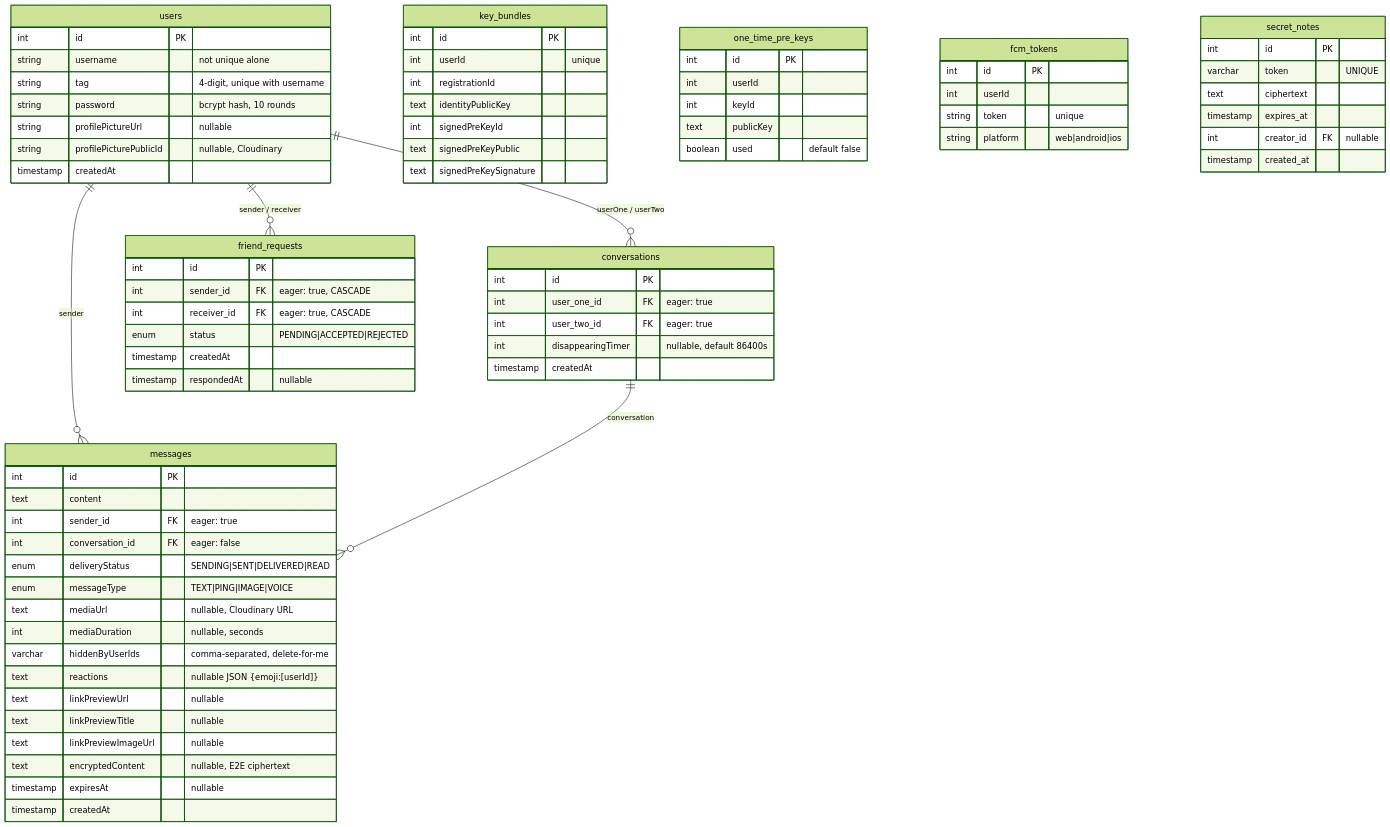
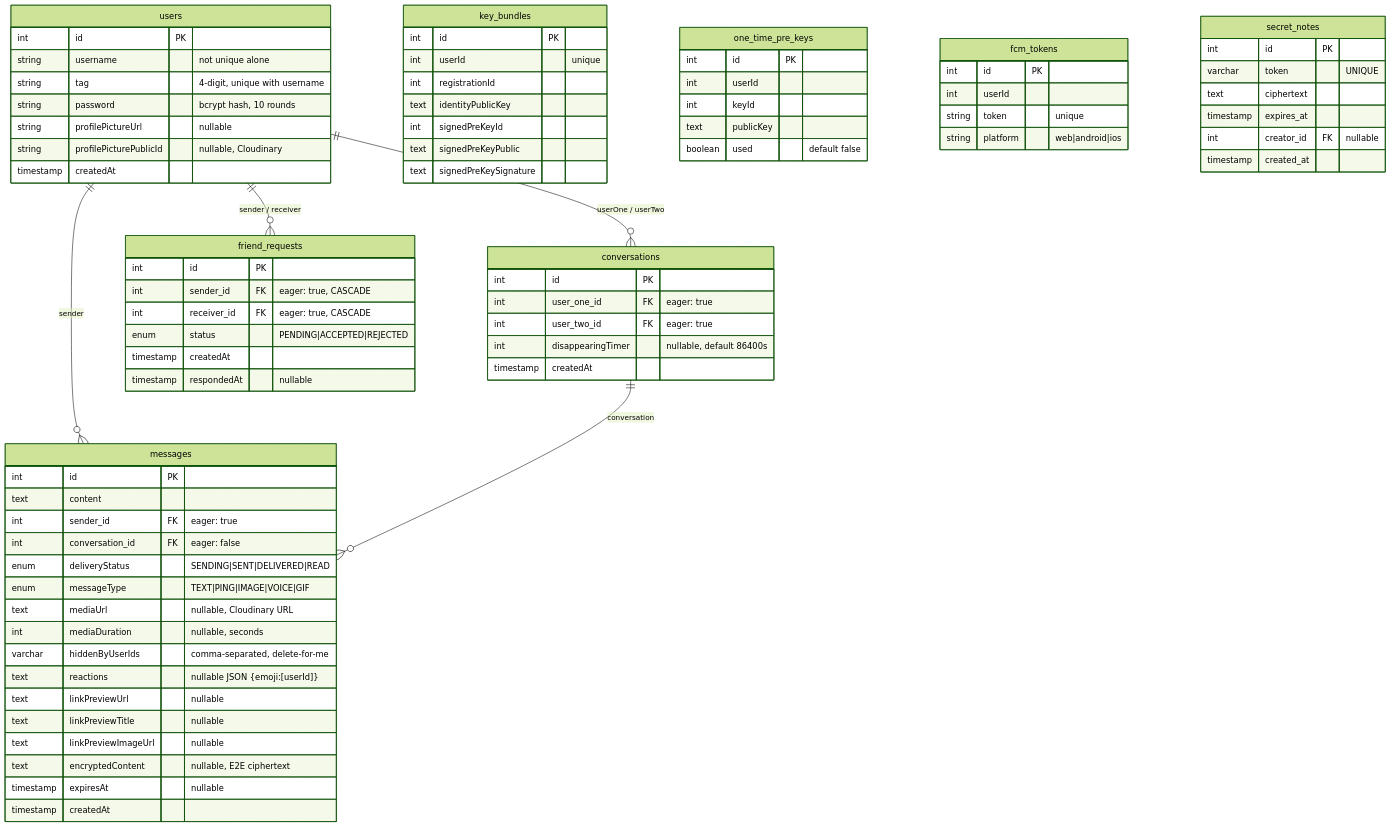
One commit to Lentach/Fireplace changed the second of 2 diagrams in CLAUDE.md. Above: the diagram before and after it, drawn with Mermaid (forest theme). The commit also changed other lines of this file, not shown here.

Commit message:
docs: update CLAUDE.md for GIF support

```diff
--- a/CLAUDE.md
+++ b/CLAUDE.md
@@ -210,7 +210,7 @@
         int sender_id FK "eager: true"
         int conversation_id FK "eager: false"
         enum deliveryStatus "SENDING|SENT|DELIVERED|READ"
-        enum messageType "TEXT|PING|IMAGE|VOICE"
+        enum messageType "TEXT|PING|IMAGE|VOICE|GIF"
         text mediaUrl "nullable, Cloudinary URL"
         int mediaDuration "nullable, seconds"
         varchar hiddenByUserIds "comma-separated, delete-for-me"
```
